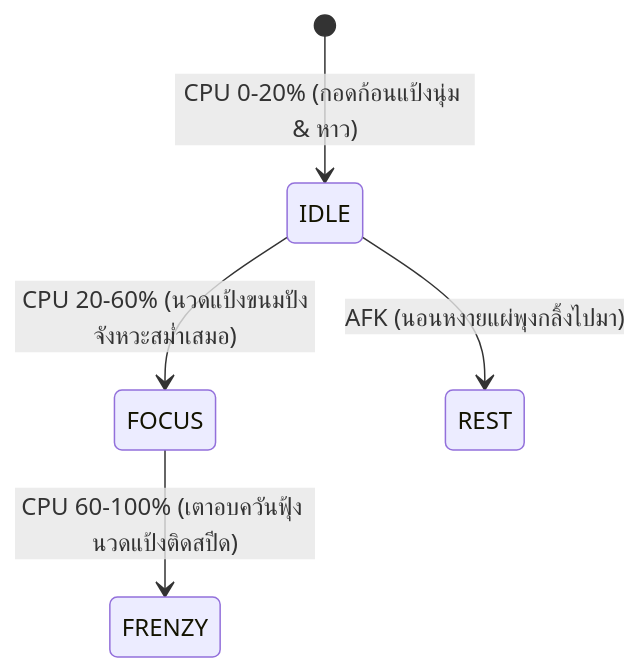
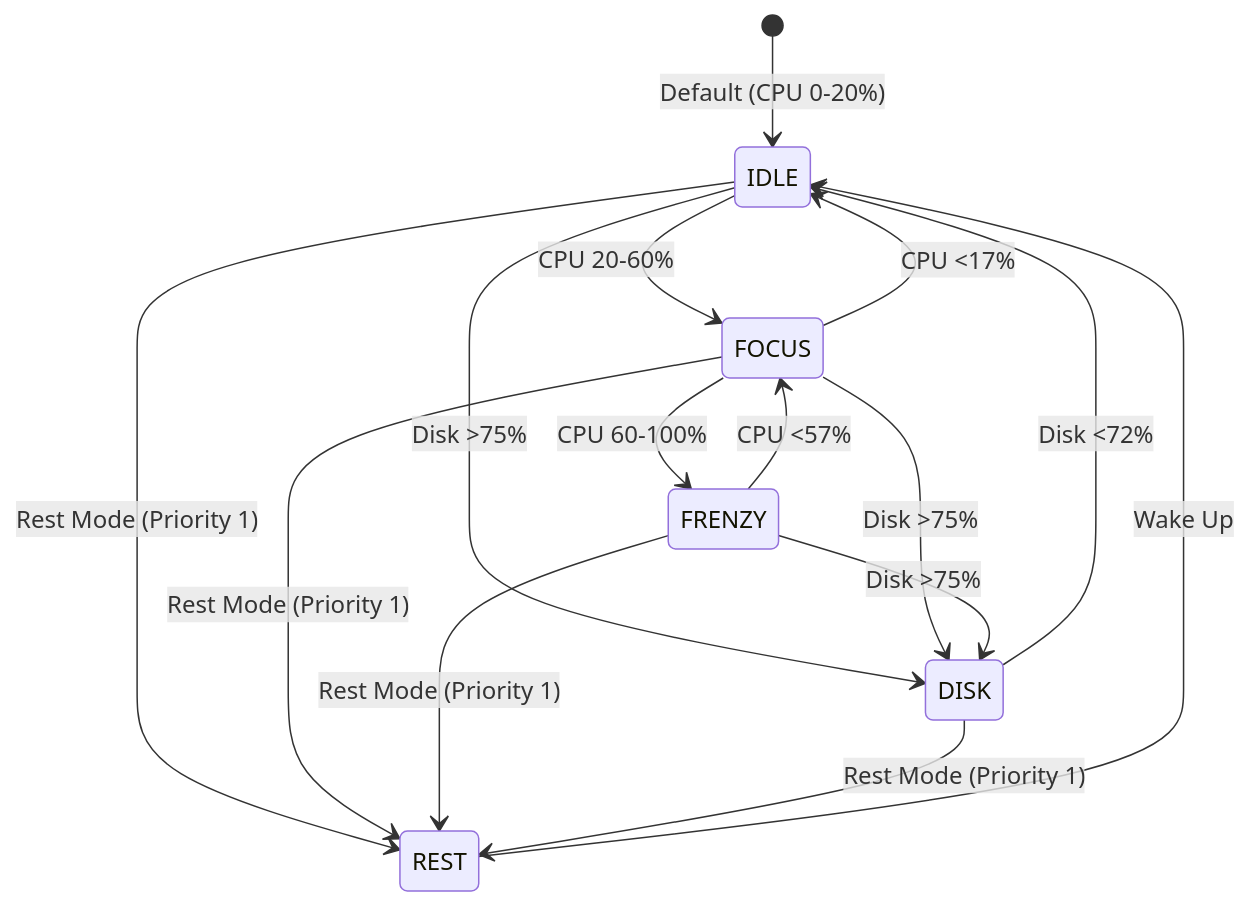
The second of 2 diagrams in non-docs/specs/characters/character-design-shiba.md (vavinon/lofi-bun-companion), drawn with Mermaid before and after one commit. The commit also changed other lines of this file and 8 other files, not shown here.

````diff
--- a/non-docs/specs/characters/character-design-shiba.md
+++ b/non-docs/specs/characters/character-design-shiba.md
@@ -42,7 +43,17 @@
 ```mermaid
 stateDiagram-v2
-    [*] --> IDLE : CPU 0-20% (กอดก้อนแป้งนุ่ม & หาว)
-    IDLE --> FOCUS : CPU 20-60% (นวดแป้งขนมปังจังหวะสม่ำเสมอ)
-    FOCUS --> FRENZY : CPU 60-100% (เตาอบควันฟุ้ง นวดแป้งติดสปีด)
-    IDLE --> REST : AFK (นอนหงายแผ่พุงกลิ้งไปมา)
+    [*] --> IDLE : Default (CPU 0-20%)
+    IDLE --> FOCUS : CPU 20-60%
+    FOCUS --> FRENZY : CPU 60-100%
+    FRENZY --> FOCUS : CPU <57%
+    FOCUS --> IDLE : CPU <17%
+    IDLE --> DISK : Disk >75%
+    FOCUS --> DISK : Disk >75%
+    FRENZY --> DISK : Disk >75%
+    DISK --> IDLE : Disk <72%
+    IDLE --> REST : Rest Mode (Priority 1)
+    FOCUS --> REST : Rest Mode (Priority 1)
+    FRENZY --> REST : Rest Mode (Priority 1)
+    DISK --> REST : Rest Mode (Priority 1)
+    REST --> IDLE : Wake Up
 ```
````
